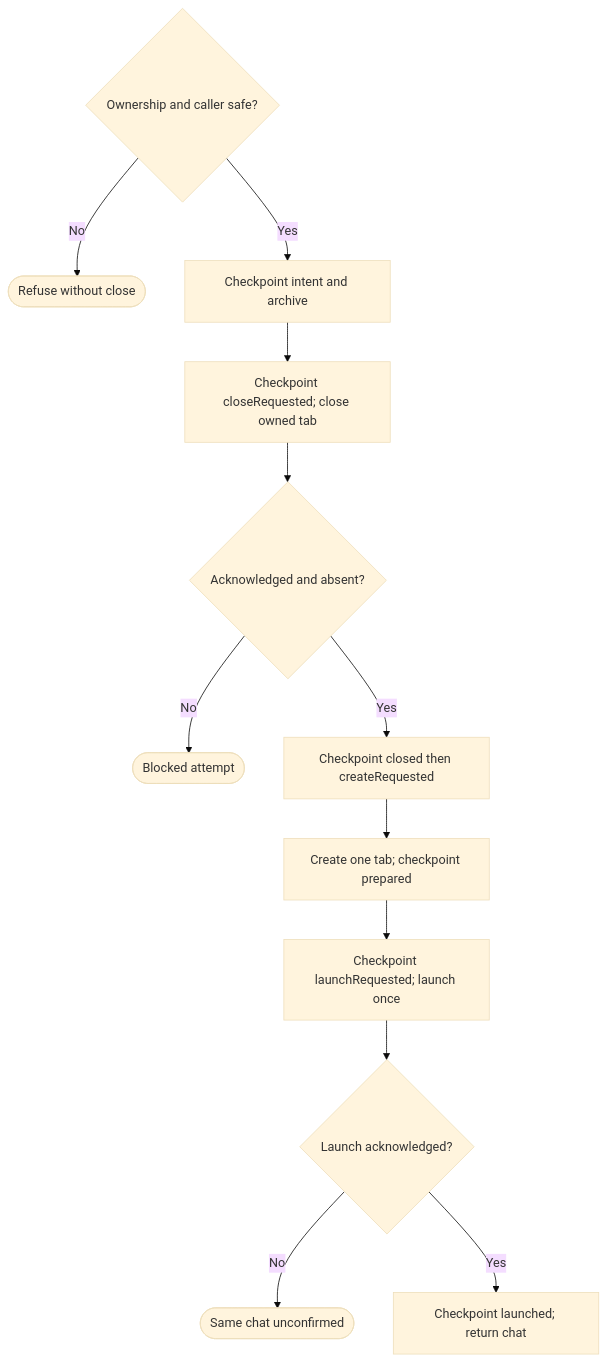
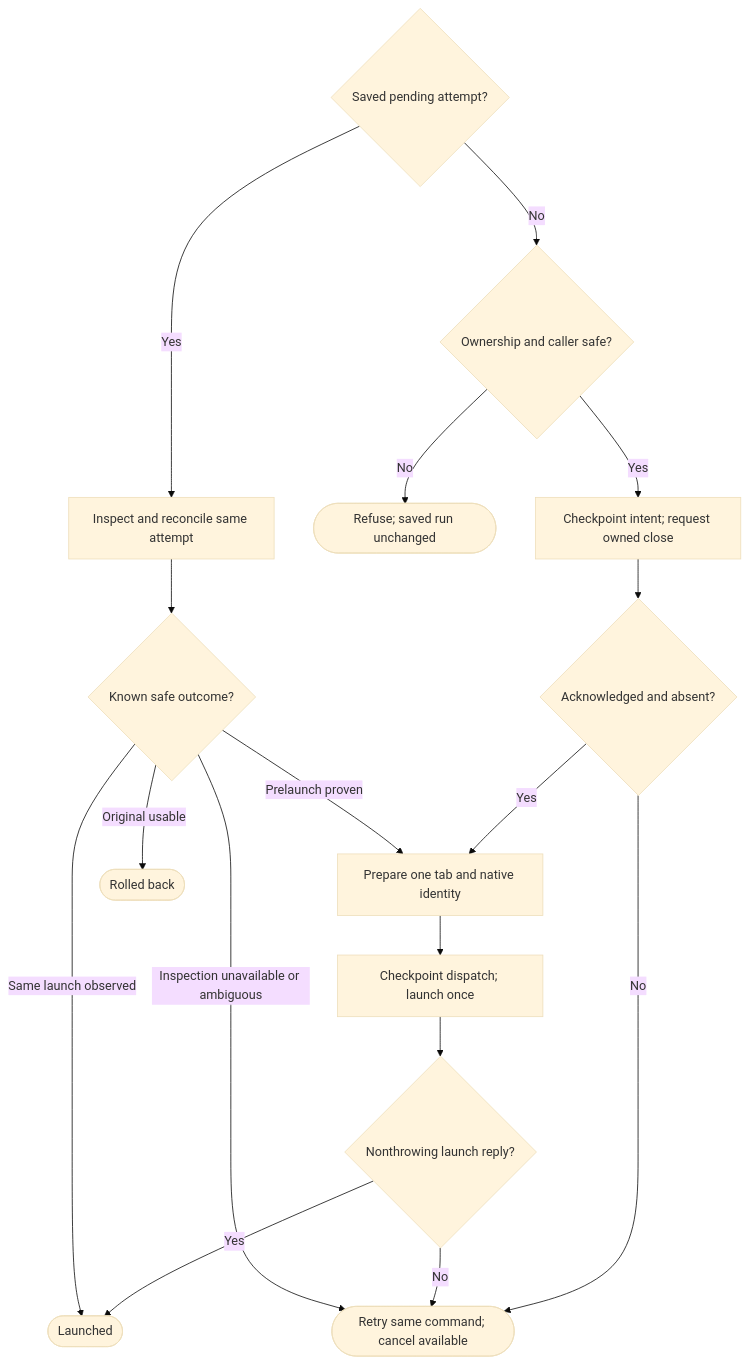
Before and after one commit to promptdriven/pdd: the diagram in prompts/cli/workflow-chat.prompt.md, drawn with Mermaid (base theme). The commit also changed other lines of this file and 5 other files, not shown here.

````diff
--- a/prompts/cli/workflow-chat.prompt.md
+++ b/prompts/cli/workflow-chat.prompt.md
@@ -29,14 +28,19 @@
 ```mermaid
 flowchart TD
-    V{Ownership and caller safe?} -->|No| R([Refuse without close])
-    V -->|Yes| I[Checkpoint intent and archive]
-    I --> C[Checkpoint closeRequested; close owned tab]
+    P{Saved pending attempt?} -->|Yes| R[Inspect and reconcile same attempt]
+    P -->|No| V{Ownership and caller safe?}
+    V -->|No| F([Refuse; saved run unchanged])
+    V -->|Yes| C[Checkpoint intent; request owned close]
     C --> A{Acknowledged and absent?}
-    A -->|No| B([Blocked attempt])
-    A -->|Yes| N[Checkpoint closed then createRequested]
-    N --> P[Create one tab; checkpoint prepared]
-    P --> L[Checkpoint launchRequested; launch once]
-    L --> K{Launch acknowledged?}
-    K -->|No| U([Same chat unconfirmed])
-    K -->|Yes| D[Checkpoint launched; return chat]
+    A -->|No| U
+    A -->|Yes| N[Prepare one tab and native identity]
+    N --> L[Checkpoint dispatch; launch once]
+    L --> K{Nonthrowing launch reply?}
+    K -->|Yes| D([Launched])
+    K -->|No| U
+    R --> O{Known safe outcome?}
+    O -->|Same launch observed| D
+    O -->|Prelaunch proven| N
+    O -->|Original usable| B([Rolled back])
+    O -->|Inspection unavailable or ambiguous| U([Retry same command; cancel available])
 ```
````
